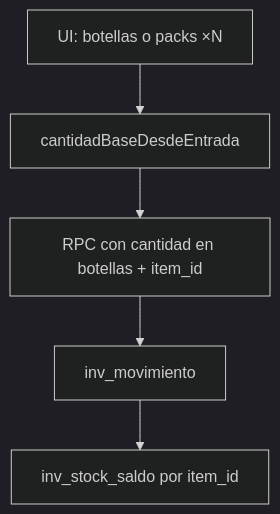
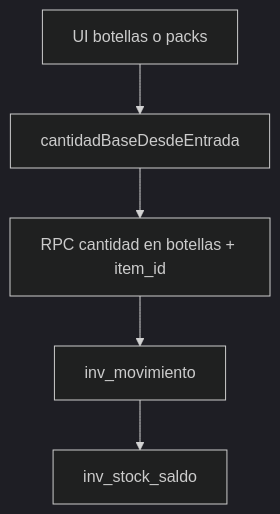
Before and after one commit to viziasac/web_bodegasantamaria: the second of 2 diagrams in docs/02_resumen_tecnico_vizia_web.md, drawn with Mermaid (dark theme). The commit also changed other lines of this file and 8 other files, not shown here.

````diff
--- a/docs/02_resumen_tecnico_vizia_web.md
+++ b/docs/02_resumen_tecnico_vizia_web.md
@@ -58,7 +55,7 @@
 ```mermaid
 flowchart TD
-  A[UI: botellas o packs ×N] --> B[cantidadBaseDesdeEntrada]
-  B --> C[RPC con cantidad en botellas + item_id]
+  A[UI botellas o packs] --> B[cantidadBaseDesdeEntrada]
+  B --> C[RPC cantidad en botellas + item_id]
   C --> D[inv_movimiento]
-  D --> E[inv_stock_saldo por item_id]
+  D --> E[inv_stock_saldo]
 ```
````
